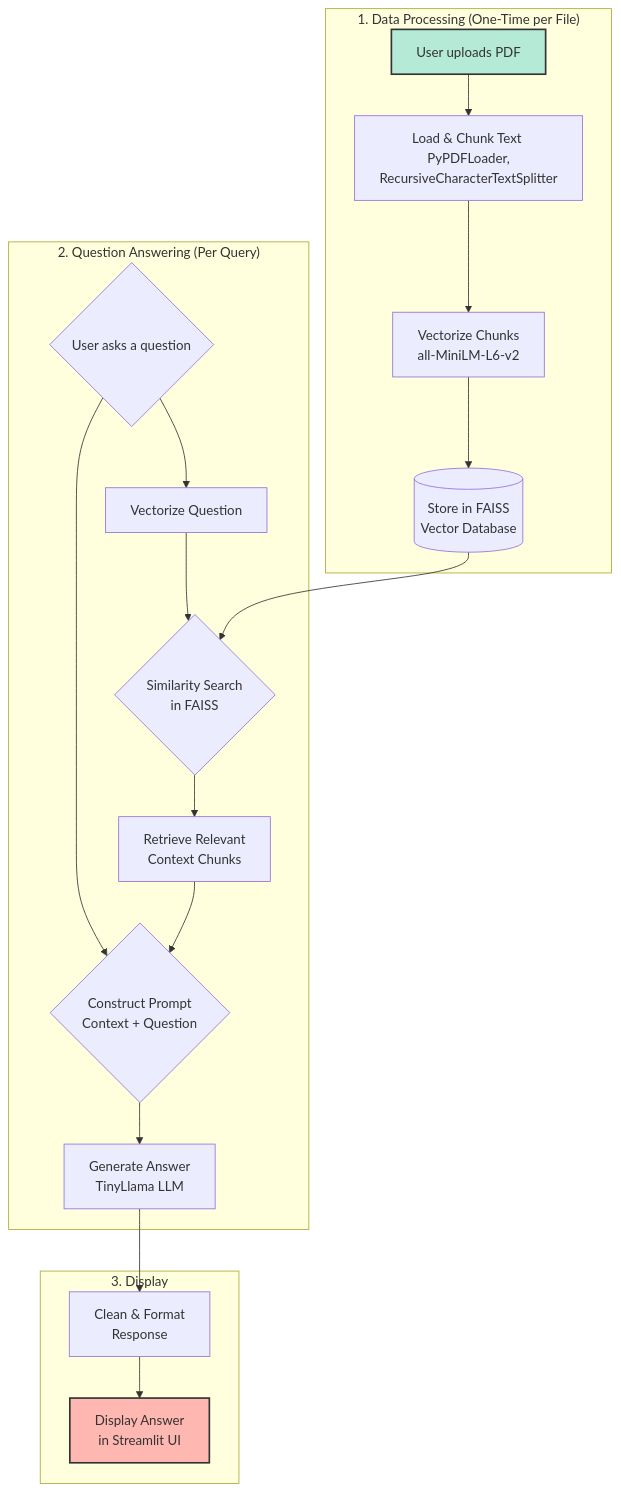
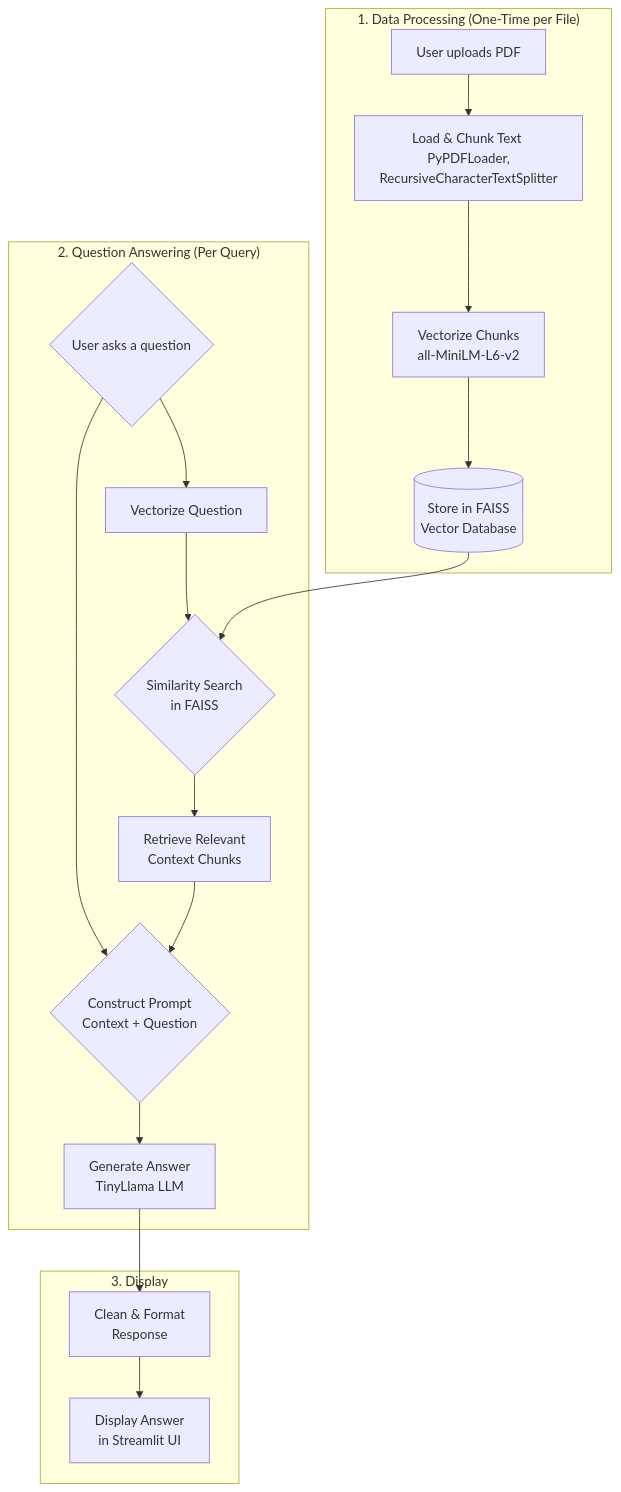
The diagram in Readme.md (VamsiMyla916/RAG-chatbot-streamlit), drawn with Mermaid before and after one commit.

Commit message:
Updated the README.md file with workflow of the application using mermaid

````diff
--- a/Readme.md
+++ b/Readme.md
@@ -23,26 +23,24 @@
 ```mermaid
 graph TD
     subgraph "1. Data Processing (One-Time per File)"
         A[User uploads PDF] --> B[Load & Chunk Text <br/> PyPDFLoader, RecursiveCharacterTextSplitter]
         B --> C[Vectorize Chunks <br/> all-MiniLM-L6-v2]
         C --> D[(Store in FAISS <br/> Vector Database)]
     end
 
     subgraph "2. Question Answering (Per Query)"
         E{User asks a question} --> F[Vectorize Question]
         F --> G{Similarity Search <br/> in FAISS}
         D --> G
         G --> H[Retrieve Relevant <br/> Context Chunks]
         H --> I{Construct Prompt <br/> Context + Question}
         E --> I
         I --> J[Generate Answer <br/> TinyLlama LLM]
     end
 
     subgraph "3. Display"
         J --> K[Clean & Format <br/> Response]
         K --> L[Display Answer <br/> in Streamlit UI]
     end
 
-    style A fill:#B5EAD7,stroke:#333,stroke-width:2px
-    style L fill:#FFB7B2,stroke:#333,stroke-width:2px
 ```
````
